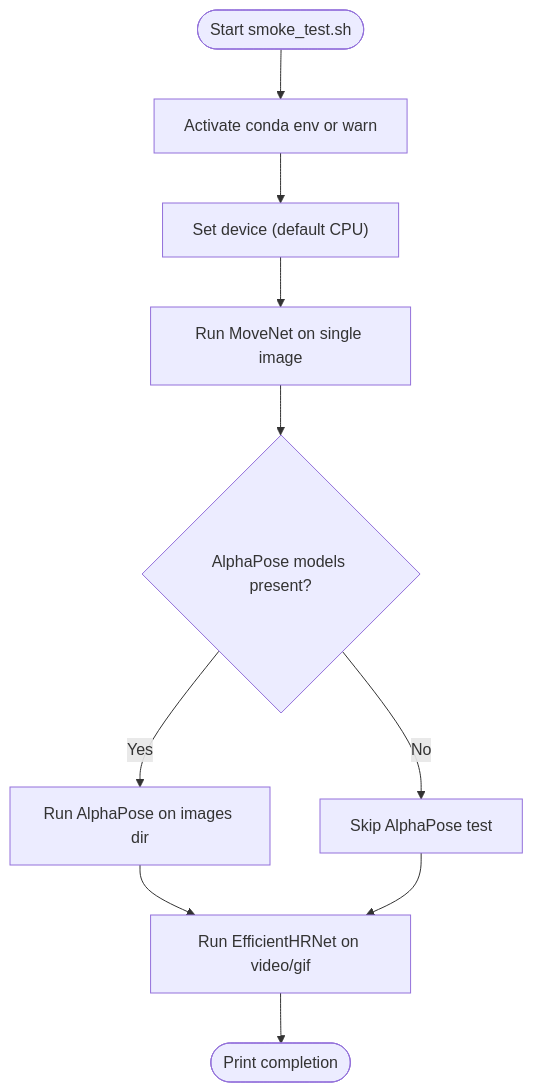
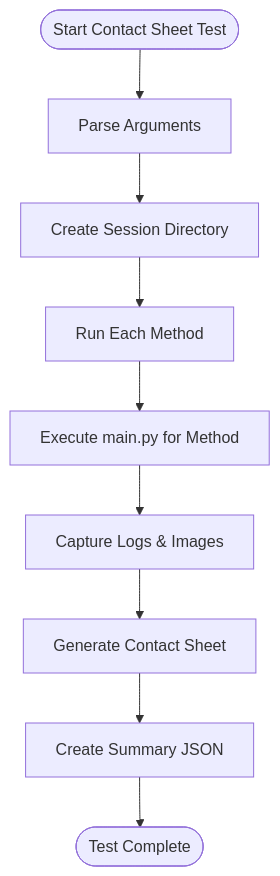
Before and after one commit to Fogus-Gr/MeasurementsDTs: the third of 5 diagrams in .qoder/repowiki/en/content/Development Tools/Testing and Validation.md, drawn with Mermaid. The commit also changed other lines of this file and 10 other files, not shown here.

````diff
--- a/.qoder/repowiki/en/content/Development Tools/Testing and Validation.md
+++ b/.qoder/repowiki/en/content/Development Tools/Testing and Validation.md
@@ -159,12 +196,11 @@
 ```mermaid
 flowchart TD
-Start(["Start smoke_test.sh"]) --> Env["Activate conda env or warn"]
-Env --> Device["Set device (default CPU)"]
-Device --> MoveNet["Run MoveNet on single image"]
-MoveNet --> AlphaPoseCheck{"AlphaPose models present?"}
-AlphaPoseCheck --> |Yes| AlphaPose["Run AlphaPose on images dir"]
-AlphaPoseCheck --> |No| SkipAlpha["Skip AlphaPose test"]
-AlphaPose --> Eff1["Run EfficientHRNet on video/gif"]
-SkipAlpha --> Eff1
-Eff1 --> Done(["Print completion"])
+Start(["Start Contact Sheet Test"]) --> ParseArgs["Parse Arguments"]
+ParseArgs --> CreateSession["Create Session Directory"]
+CreateSession --> RunMethods["Run Each Method"]
+RunMethods --> ProcessMethod["Execute main.py for Method"]
+ProcessMethod --> CaptureOutput["Capture Logs & Images"]
+CaptureOutput --> GenerateSheet["Generate Contact Sheet"]
+GenerateSheet --> CreateSummary["Create Summary JSON"]
+CreateSummary --> End(["Test Complete"])
 ```
````
